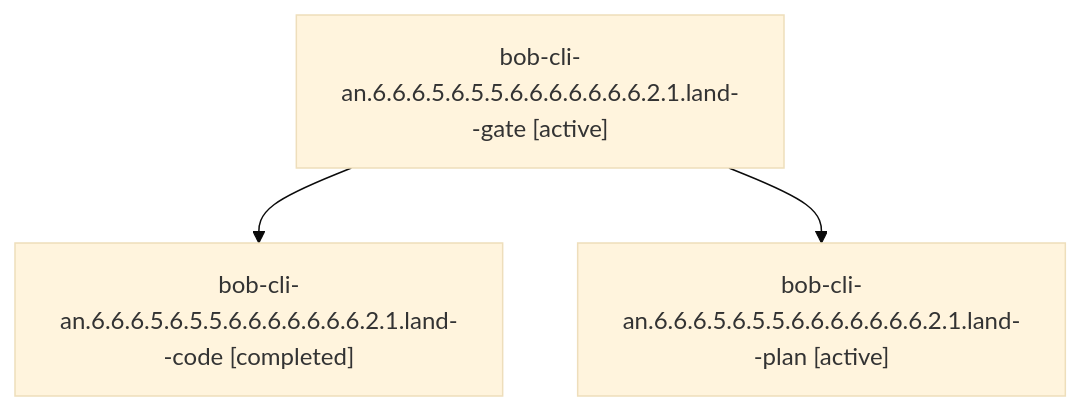
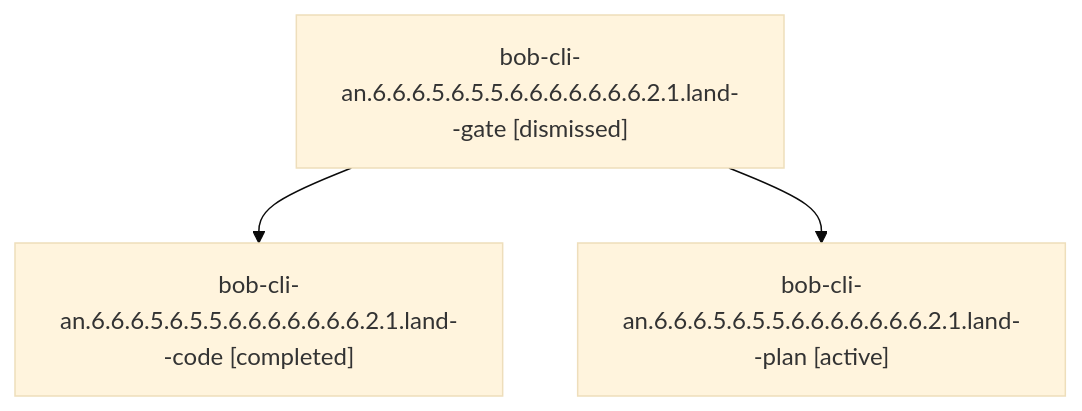
The diagram in sessions/bbugyi200.athena.bob-cli-an.6.6.6.5.6.5.5.6.6.6.6.6.6.6.2.1.land.md (bobs-org/bob-cli--agents), drawn with Mermaid (base theme) before and after one commit. The commit also changed other lines of this file and 553 other files, not shown here.

````diff
--- a/sessions/bbugyi200.athena.bob-cli-an.6.6.6.5.6.5.5.6.6.6.6.6.6.6.2.1.land.md
+++ b/sessions/bbugyi200.athena.bob-cli-an.6.6.6.5.6.5.5.6.6.6.6.6.6.6.2.1.land.md
@@ -9,8 +9,8 @@
 ```mermaid
 flowchart TD
-  n0["bob-cli-an.6.6.6.5.6.5.5.6.6.6.6.6.6.6.2.1.land--gate [active]"]
+  n0["bob-cli-an.6.6.6.5.6.5.5.6.6.6.6.6.6.6.2.1.land--gate [dismissed]"]
   n1["bob-cli-an.6.6.6.5.6.5.5.6.6.6.6.6.6.6.2.1.land--code [completed]"]
   n0 --> n1
   n2["bob-cli-an.6.6.6.5.6.5.5.6.6.6.6.6.6.6.2.1.land--plan [active]"]
   n0 --> n2
 ```
````
